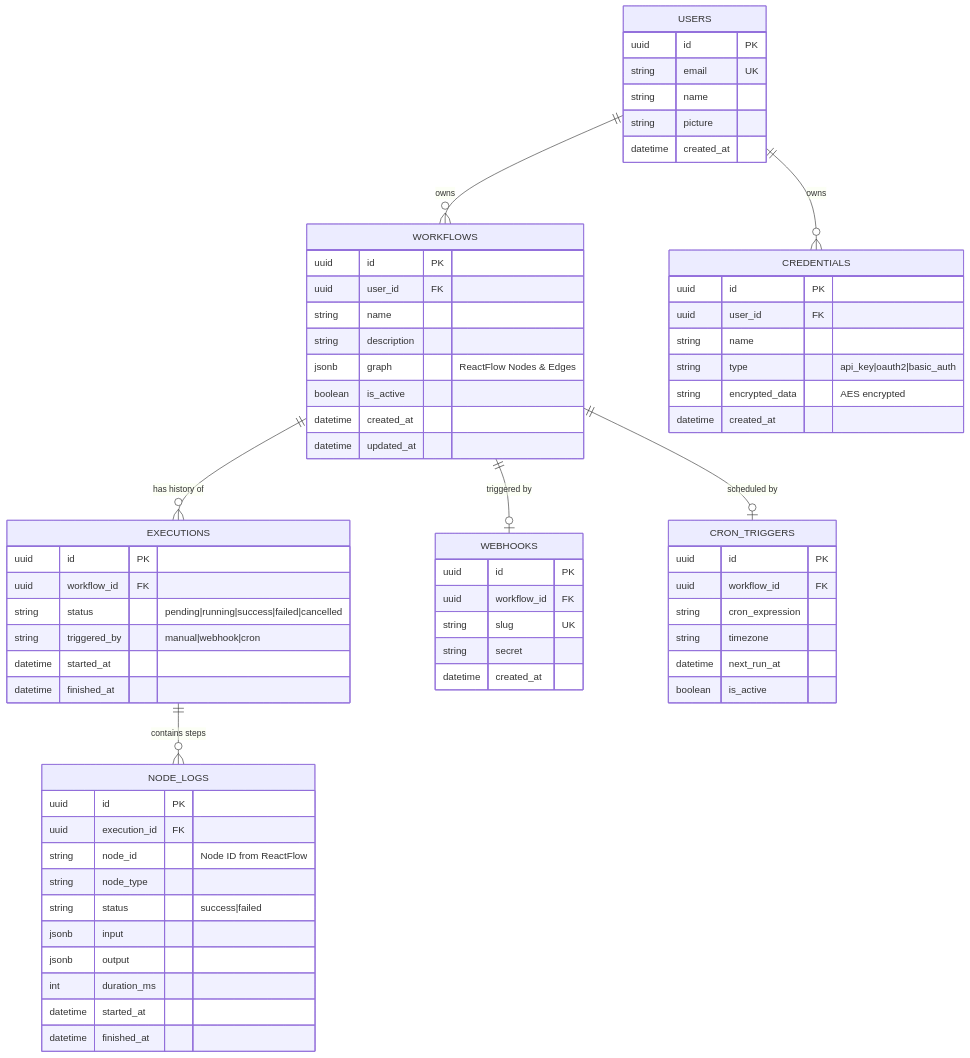
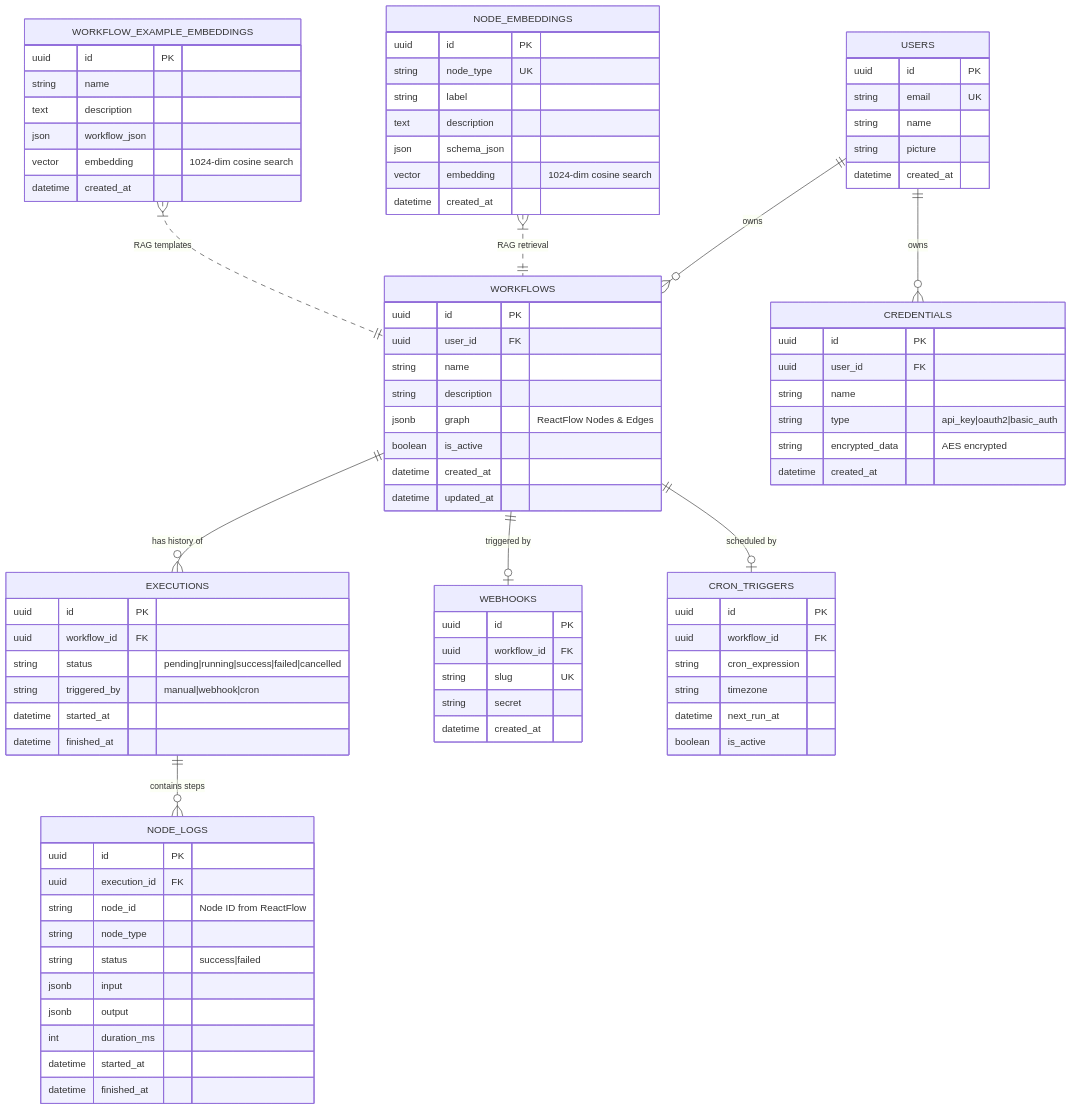
The third of 3 diagrams in design.md (Iconic-Aman/Noderift), drawn with Mermaid before and after one commit. The commit also changed other lines of this file and 4 other files, not shown here.

First line of the commit message:
feat(backend): implement RAG support with pgvector for node and workflow embeddings

````diff
--- a/design.md
+++ b/design.md
@@ -483,6 +500,8 @@
     WORKFLOWS ||--o| WEBHOOKS : "triggered by"
     WORKFLOWS ||--o| CRON_TRIGGERS : "scheduled by"
     EXECUTIONS ||--o{ NODE_LOGS : "contains steps"
+    NODE_EMBEDDINGS }|..|| WORKFLOWS : "RAG retrieval"
+    WORKFLOW_EXAMPLE_EMBEDDINGS }|..|| WORKFLOWS : "RAG templates"
 
     USERS {
         uuid id PK
@@ -550,4 +569,23 @@
         string encrypted_data "AES encrypted"
         datetime created_at
     }
+
+    NODE_EMBEDDINGS {
+        uuid id PK
+        string node_type UK
+        string label
+        text description
+        json schema_json
+        vector embedding "1024-dim cosine search"
+        datetime created_at
+    }
+
+    WORKFLOW_EXAMPLE_EMBEDDINGS {
+        uuid id PK
+        string name
+        text description
+        json workflow_json
+        vector embedding "1024-dim cosine search"
+        datetime created_at
+    }
 ```
````
